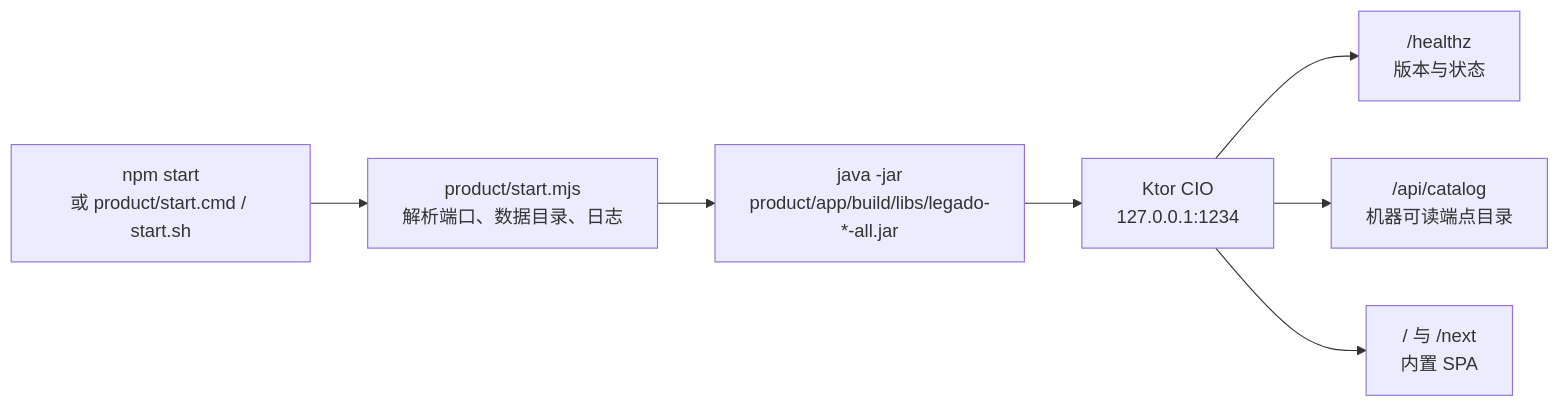
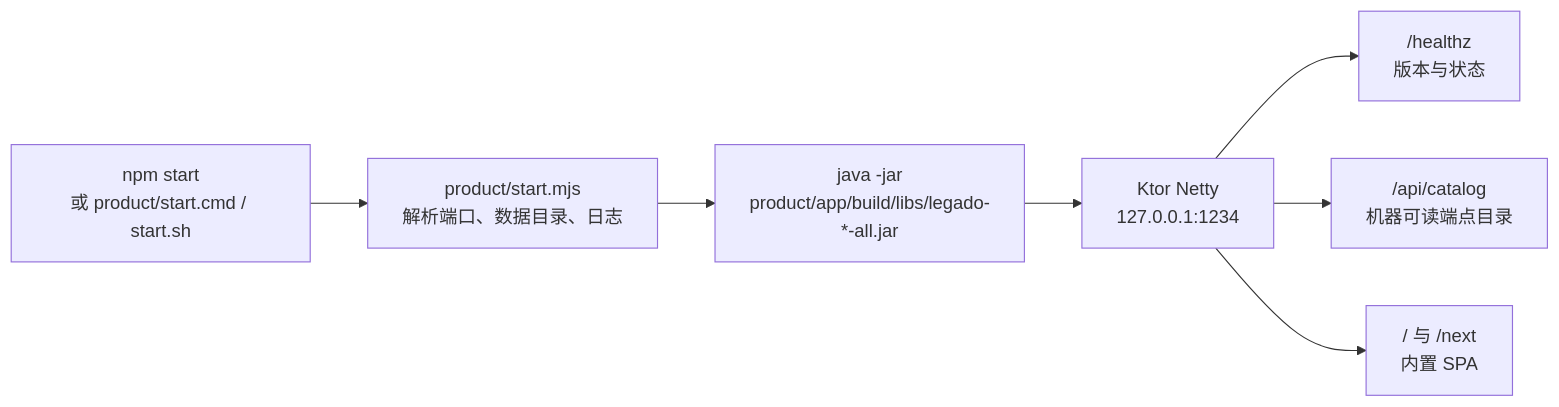
The fifth of 6 diagrams in docs/ARCHITECTURE.md (linqinqiu/legadoQ), drawn with Mermaid before and after one commit. The commit also changed other lines of this file and 107 other files, not shown here.

````diff
--- a/docs/ARCHITECTURE.md
+++ b/docs/ARCHITECTURE.md
@@ -188,9 +187,9 @@
 ```mermaid
 flowchart LR
     A["npm start<br/>或 product/start.cmd / start.sh"] --> B["product/start.mjs<br/>解析端口、数据目录、日志"]
     B --> C["java -jar<br/>product/app/build/libs/legado-*-all.jar"]
-    C --> D["Ktor CIO<br/>127.0.0.1:1234"]
+    C --> D["Ktor Netty<br/>127.0.0.1:1234"]
     D --> E["/healthz<br/>版本与状态"]
     D --> F["/api/catalog<br/>机器可读端点目录"]
     D --> G["/ 与 /next<br/>内置 SPA"]
 ```
````
